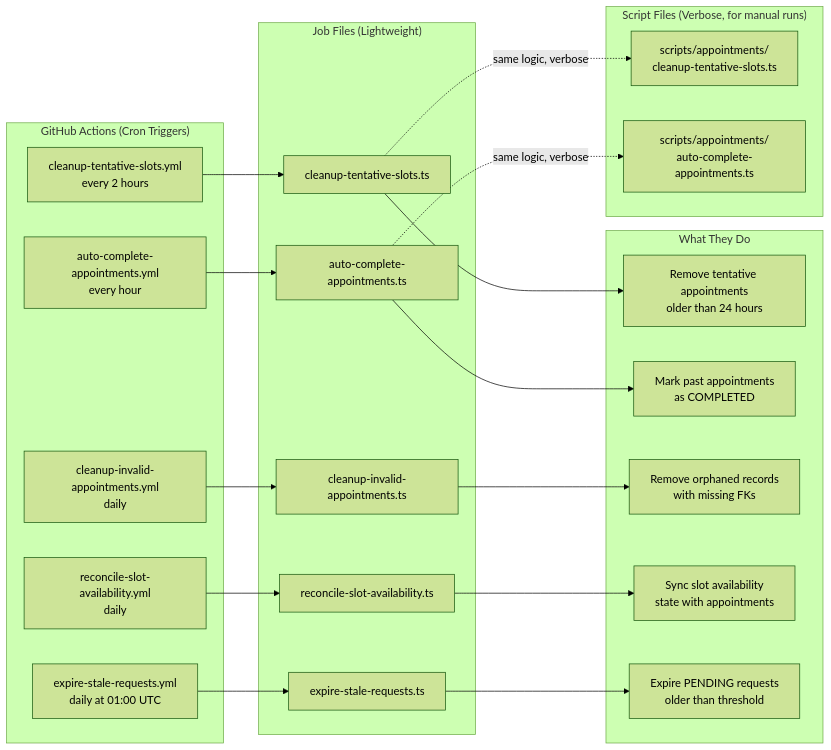
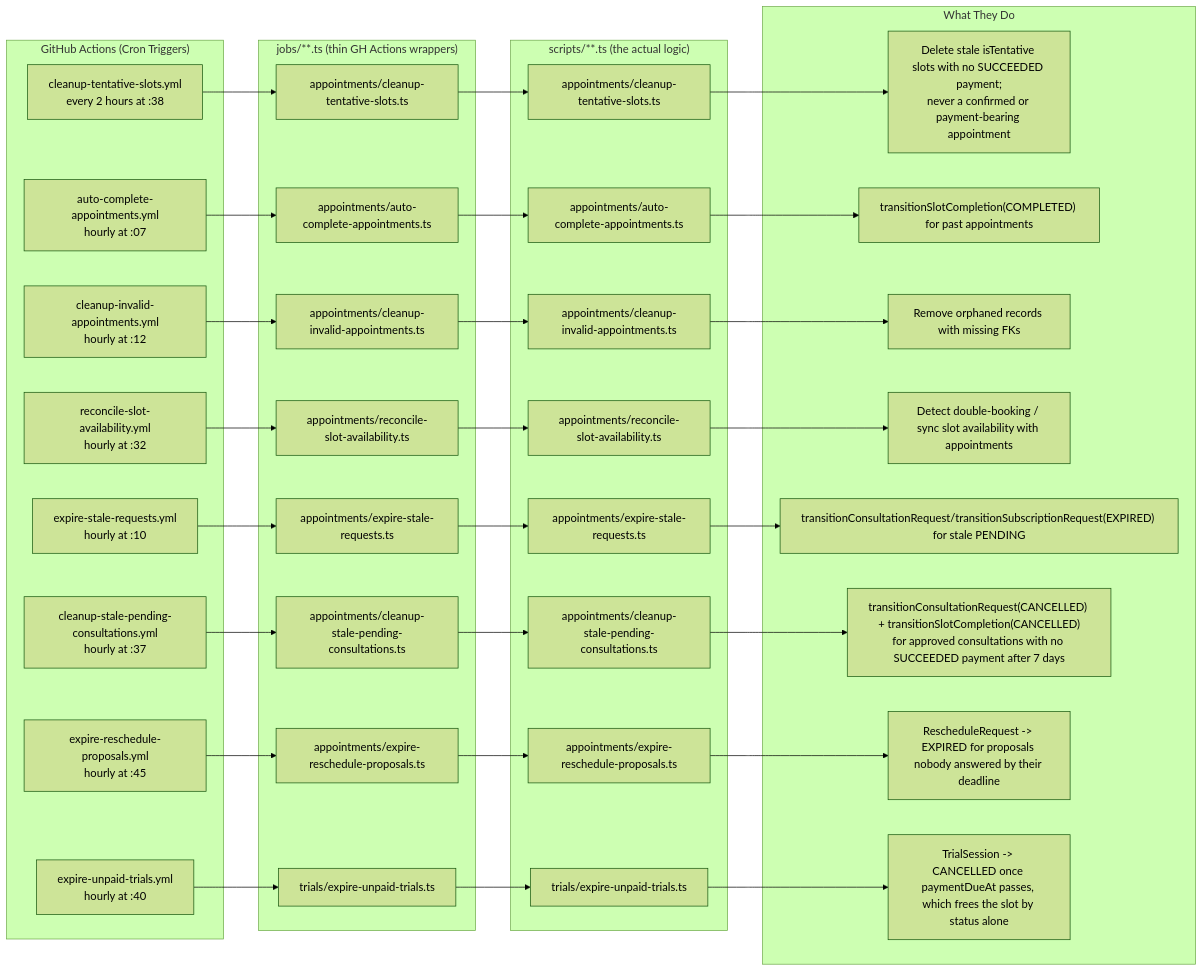
One commit to Practitionist/familiarise_web changed the fifth of 6 diagrams in docs/booking/06-dependency-graphs.md. Above: the diagram before and after it, drawn with Mermaid (forest theme). The commit also changed other lines of this file and 25 other files, not shown here.

First line of the commit message:
docs(booking): wave-5 docs refresh — checklist, README, dependency graph, ADR 16 wording, superseded payment docs, dead-code sweep (#1335)

````diff
--- a/docs/booking/06-dependency-graphs.md
+++ b/docs/booking/06-dependency-graphs.md
@@ -282,39 +231,55 @@
 ```mermaid
 flowchart LR
   subgraph triggers ["GitHub Actions (Cron Triggers)"]
-    GH1["cleanup-tentative-slots.yml\nevery 2 hours"]
-    GH2["auto-complete-appointments.yml\nevery hour"]
-    GH3["cleanup-invalid-appointments.yml\ndaily"]
-    GH4["reconcile-slot-availability.yml\ndaily"]
-    GH5["expire-stale-requests.yml\ndaily at 01:00 UTC"]
+    GH1["cleanup-tentative-slots.yml\nevery 2 hours at :38"]
+    GH2["auto-complete-appointments.yml\nhourly at :07"]
+    GH3["cleanup-invalid-appointments.yml\nhourly at :12"]
+    GH4["reconcile-slot-availability.yml\nhourly at :32"]
+    GH5["expire-stale-requests.yml\nhourly at :10"]
+    GH6["cleanup-stale-pending-consultations.yml\nhourly at :37"]
+    GH7["expire-reschedule-proposals.yml\nhourly at :45"]
+    GH8["expire-unpaid-trials.yml\nhourly at :40"]
   end
 
-  subgraph jobs ["Job Files (Lightweight)"]
-    J1["cleanup-tentative-slots.ts"]
-    J2["auto-complete-appointments.ts"]
-    J3["cleanup-invalid-appointments.ts"]
-    J4["reconcile-slot-availability.ts"]
-    J5["expire-stale-requests.ts"]
+  subgraph jobs ["jobs/**.ts (thin GH Actions wrappers)"]
+    J1["appointments/cleanup-tentative-slots.ts"]
+    J2["appointments/auto-complete-appointments.ts"]
+    J3["appointments/cleanup-invalid-appointments.ts"]
+    J4["appointments/reconcile-slot-availability.ts"]
+    J5["appointments/expire-stale-requests.ts"]
+    J6["appointments/cleanup-stale-pending-consultations.ts"]
+    J7["appointments/expire-reschedule-proposals.ts"]
+    J8["trials/expire-unpaid-trials.ts"]
   end
 
-  subgraph scripts ["Script Files (Verbose, for manual runs)"]
-    S1["scripts/appointments/\ncleanup-tentative-slots.ts"]
-    S2["scripts/appointments/\nauto-complete-appointments.ts"]
+  subgraph scripts ["scripts/**.ts (the actual logic)"]
+    S1["appointments/cleanup-tentative-slots.ts"]
+    S2["appointments/auto-complete-appointments.ts"]
+    S3["appointments/cleanup-invalid-appointments.ts"]
+    S4["appointments/reconcile-slot-availability.ts"]
+    S5["appointments/expire-stale-requests.ts"]
+    S6["appointments/cleanup-stale-pending-consultations.ts"]
+    S7["appointments/expire-reschedule-proposals.ts"]
+    S8["trials/expire-unpaid-trials.ts"]
   end
 
   subgraph cleanup_actions ["What They Do"]
-    A1["Remove tentative appointments\nolder than 24 hours"]
-    A2["Mark past appointments\nas COMPLETED"]
-    A3["Remove orphaned records\nwith missing FKs"]
-    A4["Sync slot availability\nstate with appointments"]
-    A5["Expire PENDING requests\nolder than threshold"]
+    A1["Delete stale isTentative slots with no SUCCEEDED payment;\nnever a confirmed or payment-bearing appointment"]
+    A2["transitionSlotCompletion(COMPLETED) for past appointments"]
+    A3["Remove orphaned records with missing FKs"]
+    A4["Detect double-booking / sync slot availability with appointments"]
+    A5["transitionConsultationRequest/transitionSubscriptionRequest(EXPIRED) for stale PENDING"]
+    A6["transitionConsultationRequest(CANCELLED) + transitionSlotCompletion(CANCELLED)\nfor approved consultations with no SUCCEEDED payment after 7 days"]
+    A7["RescheduleRequest -> EXPIRED for proposals nobody answered by their deadline"]
+    A8["TrialSession -> CANCELLED once paymentDueAt passes, which frees the slot by status alone"]
   end
 
-  GH1 --> J1 --> A1
-  GH2 --> J2 --> A2
-  GH3 --> J3 --> A3
-  GH4 --> J4 --> A4
-  GH5 --> J5 --> A5
-  J1 -.->|same logic, verbose| S1
-  J2 -.->|same logic, verbose| S2
+  GH1 --> J1 --> S1 --> A1
+  GH2 --> J2 --> S2 --> A2
+  GH3 --> J3 --> S3 --> A3
+  GH4 --> J4 --> S4 --> A4
+  GH5 --> J5 --> S5 --> A5
+  GH6 --> J6 --> S6 --> A6
+  GH7 --> J7 --> S7 --> A7
+  GH8 --> J8 --> S8 --> A8
 ```
````
